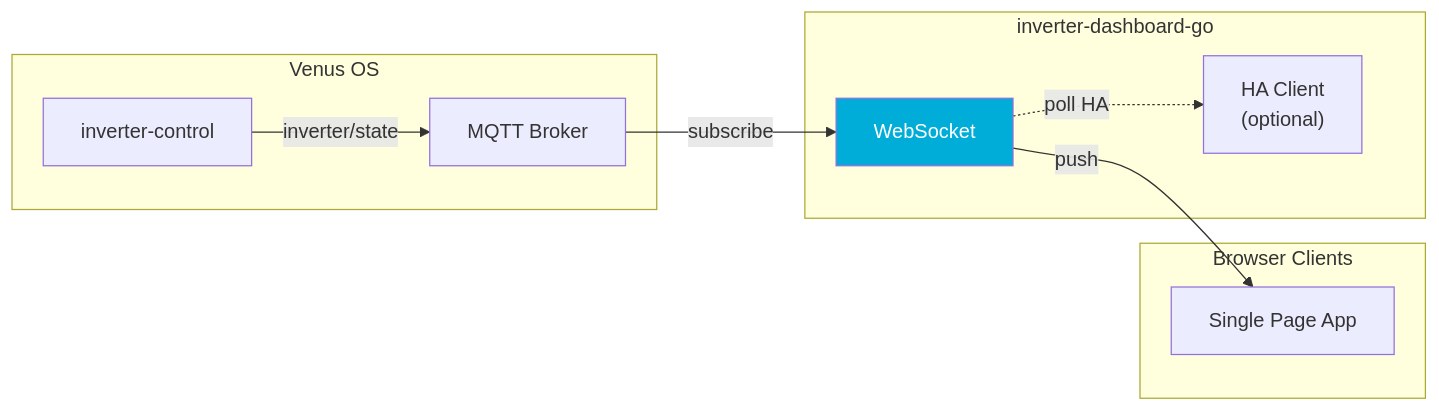
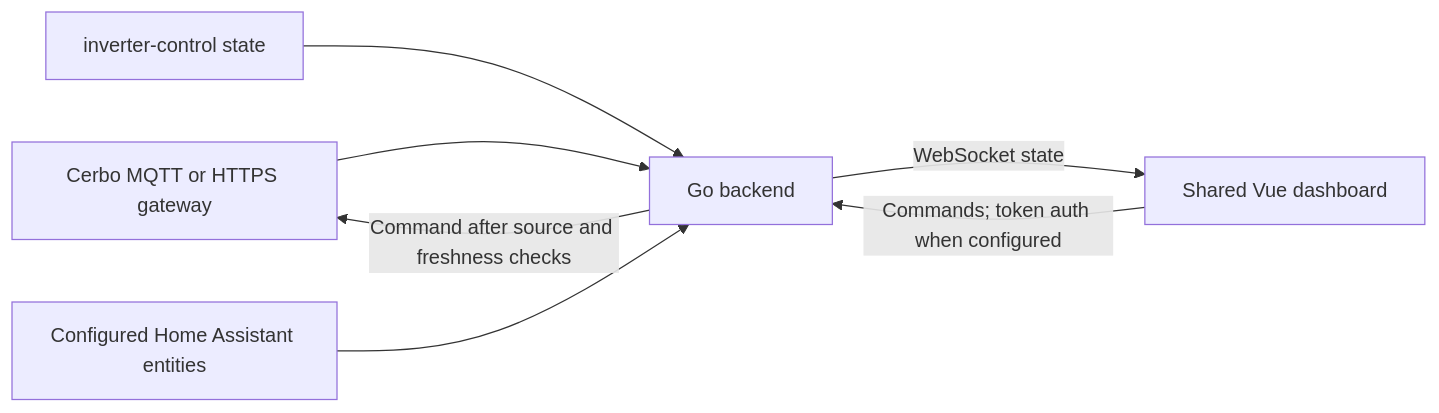
Before and after one commit to victron-venus/inverter-dashboard-go: the diagram in .github/docs/system-architecture.md, drawn with Mermaid. The commit also changed other lines of this file, not shown here.

First line of the commit message:
docs: replace obsolete architecture and deployment notes (#244)

````diff
--- a/.github/docs/system-architecture.md
+++ b/.github/docs/system-architecture.md
@@ -5,23 +7,9 @@
 ```mermaid
 flowchart LR
-    subgraph Venus["Venus OS"]
-        MQTT["MQTT Broker"]
-        INV["inverter-control"]
-    end
-
-    subgraph Dashboard["inverter-dashboard-go"]
-        WS["WebSocket"]
-        API["HA Client\n(optional)"]
-    end
-
-    subgraph Client["Browser Clients"]
-        UI["Single Page App"]
-    end
-
-    INV -->|"inverter/state"| MQTT
-    MQTT -->|"subscribe"| WS
-    WS -->|"push"| UI
-    WS -.->|"poll HA"| API
-
-    style WS fill:#00ADD8,color:#fff
+    Native["Cerbo MQTT or HTTPS gateway"] --> Backend["Go backend"]
+    Controller["inverter-control state"] --> Backend
+    HA["Configured Home Assistant entities"] --> Backend
+    Backend -->|"WebSocket state"| Browser["Shared Vue dashboard"]
+    Browser -->|"Commands; token auth when configured"| Backend
+    Backend -->|"Command after source and freshness checks"| Native
 ```
````
